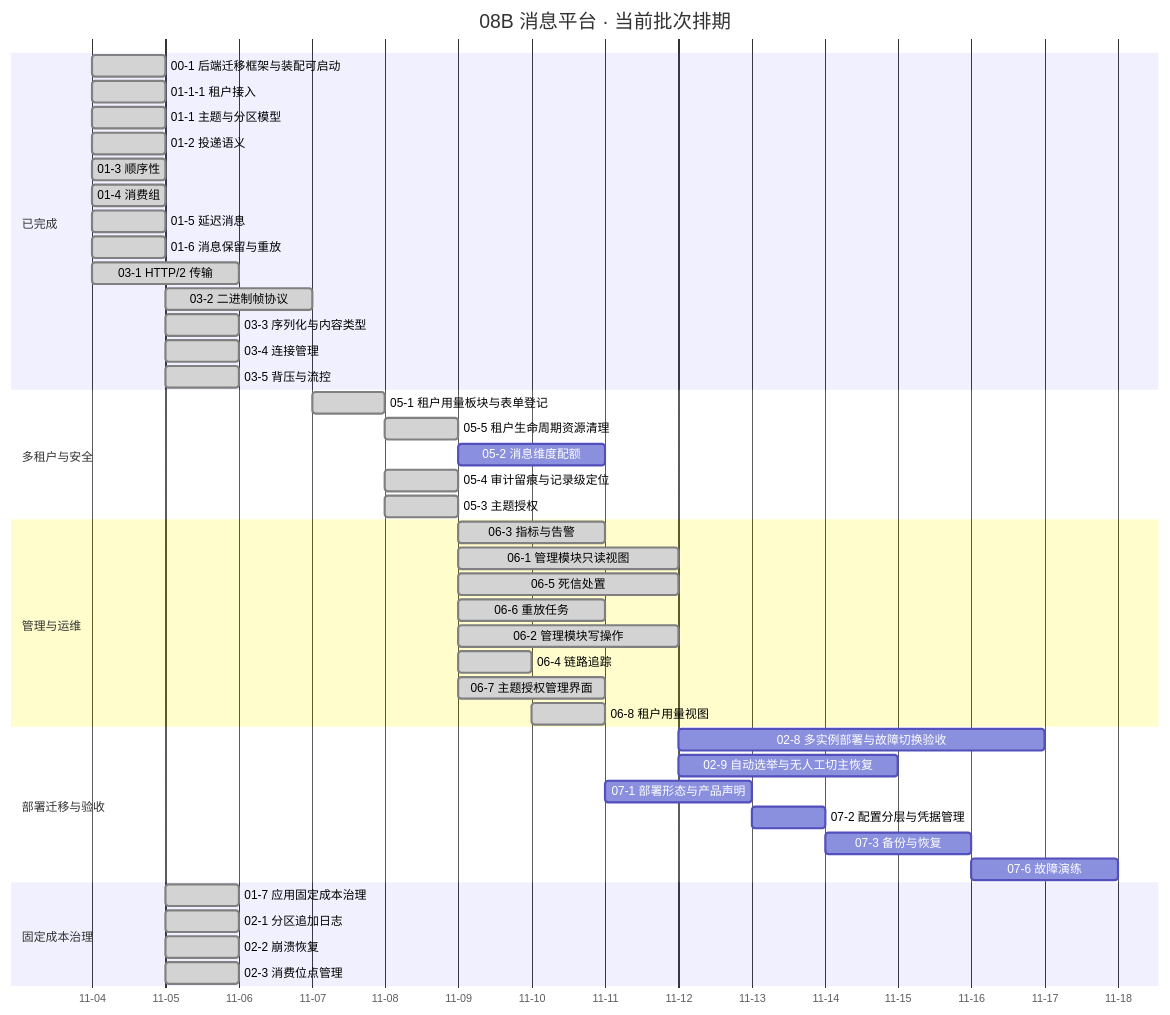
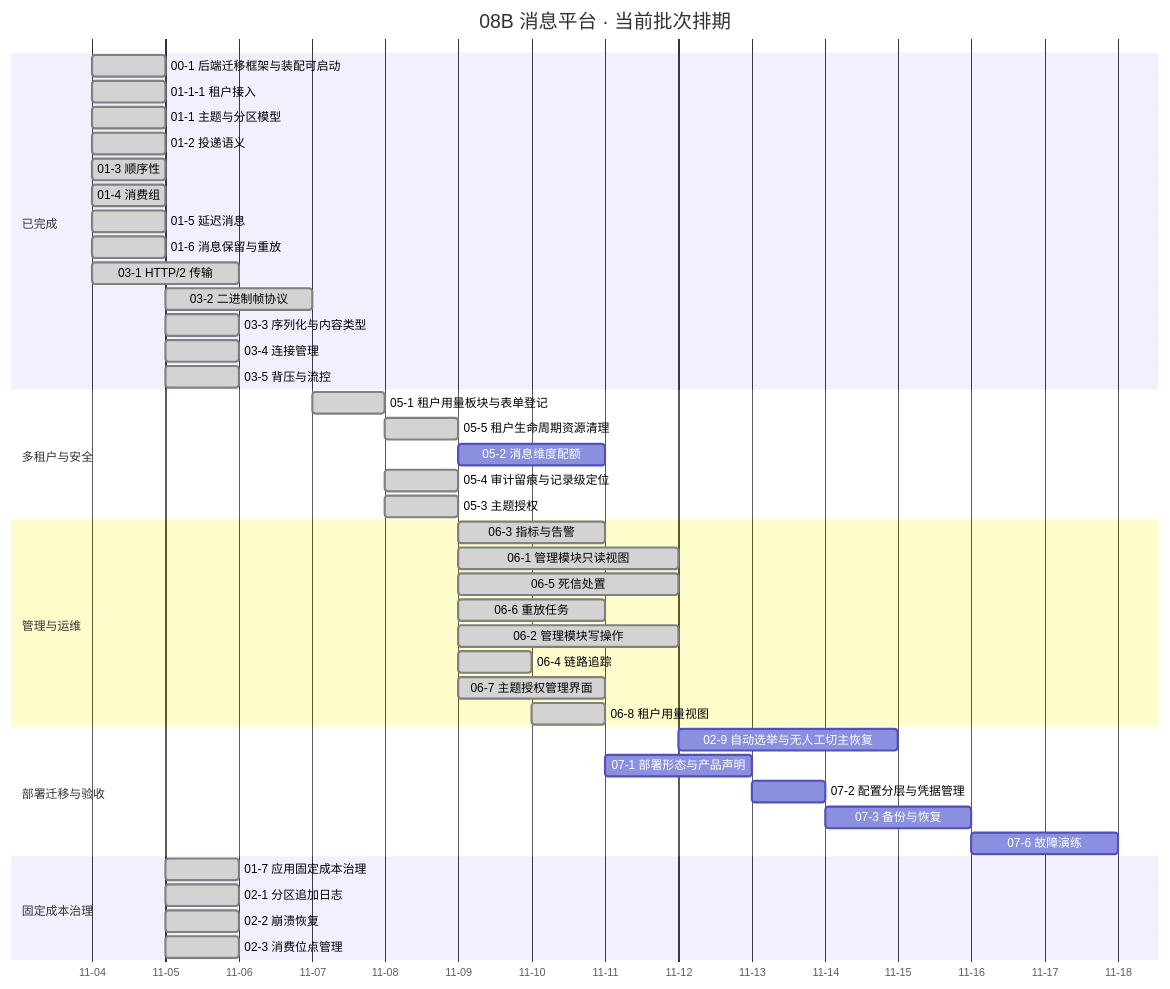
One commit to minjian123/message-platform changed the diagram in msg文档/项目/08B_消息平台/计划/01_计划_消息平台.md. Above: the diagram before and after it, drawn with Mermaid. The commit also changed other lines of this file and 5 other files, not shown here.

````diff
--- a/msg文档/项目/08B_消息平台/计划/01_计划_消息平台.md
+++ b/msg文档/项目/08B_消息平台/计划/01_计划_消息平台.md
@@ -125,48 +125,47 @@
 ```mermaid
 gantt
     title 08B 消息平台 · 当前批次排期
-    %% 任务域 02：02-7 已交付（2026-11-05）、02-4 / 02-5 已交付（2026-11-11，单日窗口不入甘特）、02-8 进行中（2026-11-12 ~ 11-16）、02-9 已交付（2026-11-12）；任务域 04：04-1 ~ 04-7 全部已交付不入甘特；任务域 06：06-1 ~ 06-8 全部已交付（2026-11-09 ~ 11-10），不再留在待排区间；任务域 01：01-8（8B_04）已交付（2026-11-11），不再留在待排区间；任务域 07：07-1/2/3/6 入甘特，07-4-1 / 07-4-2 均已交付（2026-11-10）不入甘特，07-8（待 02-8）/ 07-9（待 07-8）/ 07-5（待 07-9）/ 07-7（待 07-8/07-9/07-5）均搁置不入甘特
+    %% 任务域 02：02-7 已交付（2026-11-05）、02-4 / 02-5 已交付（2026-11-11，单日窗口不入甘特）、02-8 / 02-9 已交付（2026-11-12，单日窗口不入甘特）；任务域 04：04-1 ~ 04-7 全部已交付不入甘特；任务域 06：06-1 ~ 06-8 全部已交付（2026-11-09 ~ 11-10），不再留在待排区间；任务域 01：01-8（8B_04）已交付（2026-11-11），不再留在待排区间；任务域 07：07-1/2/3/6 入甘特，07-4-1 / 07-4-2 均已交付（2026-11-10）不入甘特，07-8（待生产窗口）/ 07-9（待 07-8）/ 07-5（待 07-9）/ 07-7（待 07-8/07-9/07-5）均搁置不入甘特
     dateFormat YYYY-MM-DD
     axisFormat %m-%d
     section 已完成
     00-1 后端迁移框架与装配可启动 :done, d001, 2026-11-04, 1d
     01-1-1 租户接入 :done, d0111, 2026-11-04, 1d
     01-1 主题与分区模型 :done, t011, 2026-11-04, 1d
     01-2 投递语义 :done, t012, 2026-11-04, 1d
     01-3 顺序性 :done, t013, 2026-11-04, 1d
     01-4 消费组 :done, t014, 2026-11-04, 1d
     01-5 延迟消息 :done, t015, 2026-11-04, 1d
     01-6 消息保留与重放 :done, t016, 2026-11-04, 1d
     03-1 HTTP/2 传输 :done, t031, 2026-11-04, 2d
     03-2 二进制帧协议 :done, t032, 2026-11-05, 2d
     03-3 序列化与内容类型 :done, t033, 2026-11-05, 1d
     03-4 连接管理 :done, t034, 2026-11-05, 1d
     03-5 背压与流控 :done, t035, 2026-11-05, 1d
     section 多租户与安全
     05-1 租户用量板块与表单登记 :done, t051, 2026-11-07, 1d
     05-5 租户生命周期资源清理 :done, t055, 2026-11-08, 1d
     05-2 消息维度配额 :t052, after t055, 2d
     05-4 审计留痕与记录级定位 :done, t054, 2026-11-08, 1d
     05-3 主题授权 :done, t053, 2026-11-08, 1d
     section 管理与运维
     06-3 指标与告警 :done, t063, 2026-11-09, 2d
     06-1 管理模块只读视图 :done, t061, 2026-11-09, 3d
     06-5 死信处置 :done, t065, 2026-11-09, 3d
     06-6 重放任务 :done, t066, 2026-11-09, 2d
     06-2 管理模块写操作 :done, t062, 2026-11-09, 3d
     06-4 链路追踪 :done, t064, 2026-11-09, 1d
     06-7 主题授权管理界面 :done, t067, 2026-11-09, 2d
     06-8 租户用量视图 :done, t068, 2026-11-10, 1d
     section 部署迁移与验收
-    02-8 多实例部署与故障切换验收 :t028, 2026-11-12, 5d
     02-9 自动选举与无人工切主恢复 :t029, 2026-11-12, 3d
     07-1 部署形态与产品声明 :t071, 2026-11-11, 2d
     07-2 配置分层与凭据管理 :t072, 2026-11-13, 1d
     07-3 备份与恢复 :t073, 2026-11-14, 2d
     07-6 故障演练 :t076, 2026-11-16, 2d
     section 固定成本治理
     01-7 应用固定成本治理 :done, t017, 2026-11-05, 1d
     02-1 分区追加日志 :done, t021, 2026-11-05, 1d
     02-2 崩溃恢复 :done, t022, 2026-11-05, 1d
     02-3 消费位点管理 :done, t023, 2026-11-05, 1d
 ```
````
